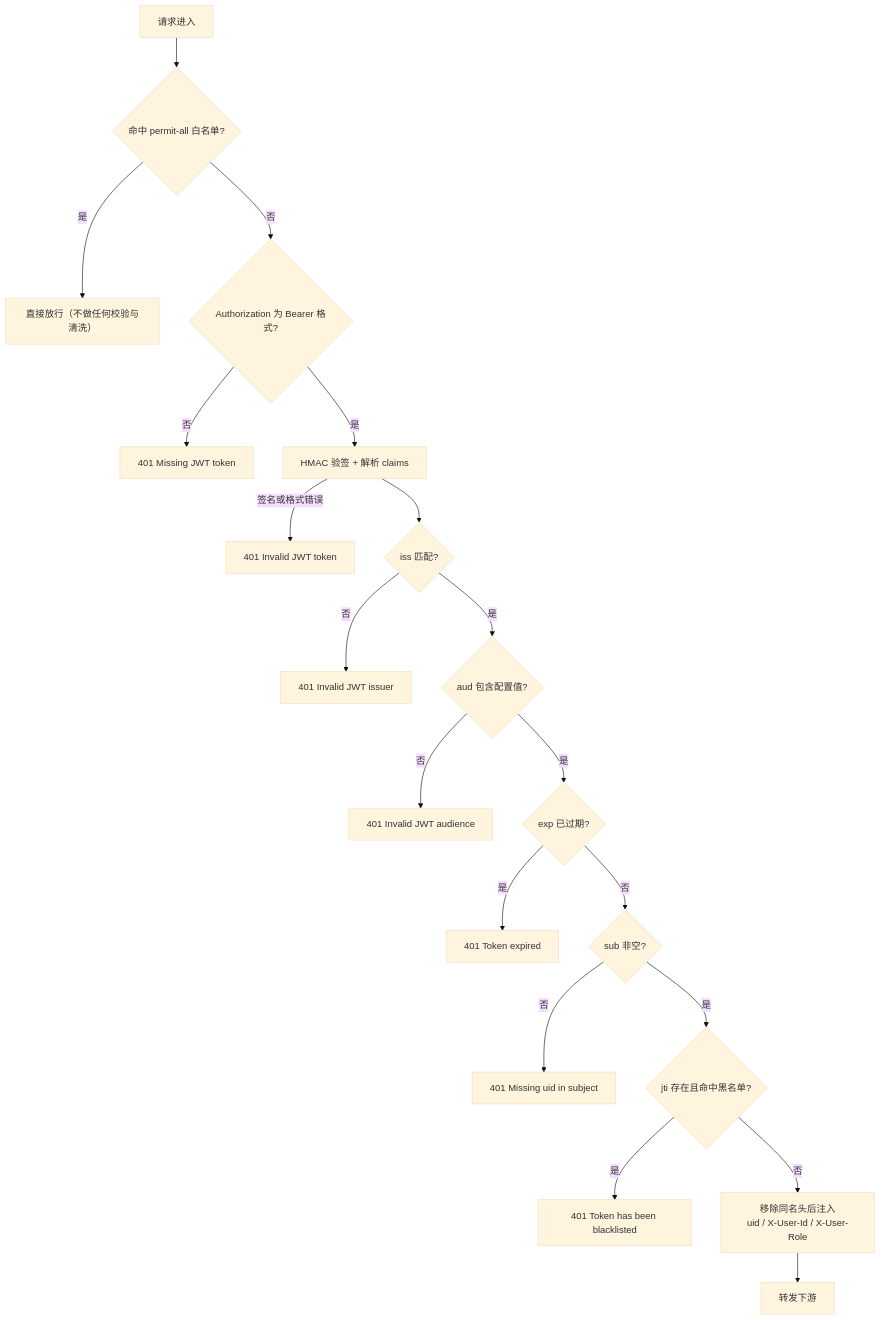
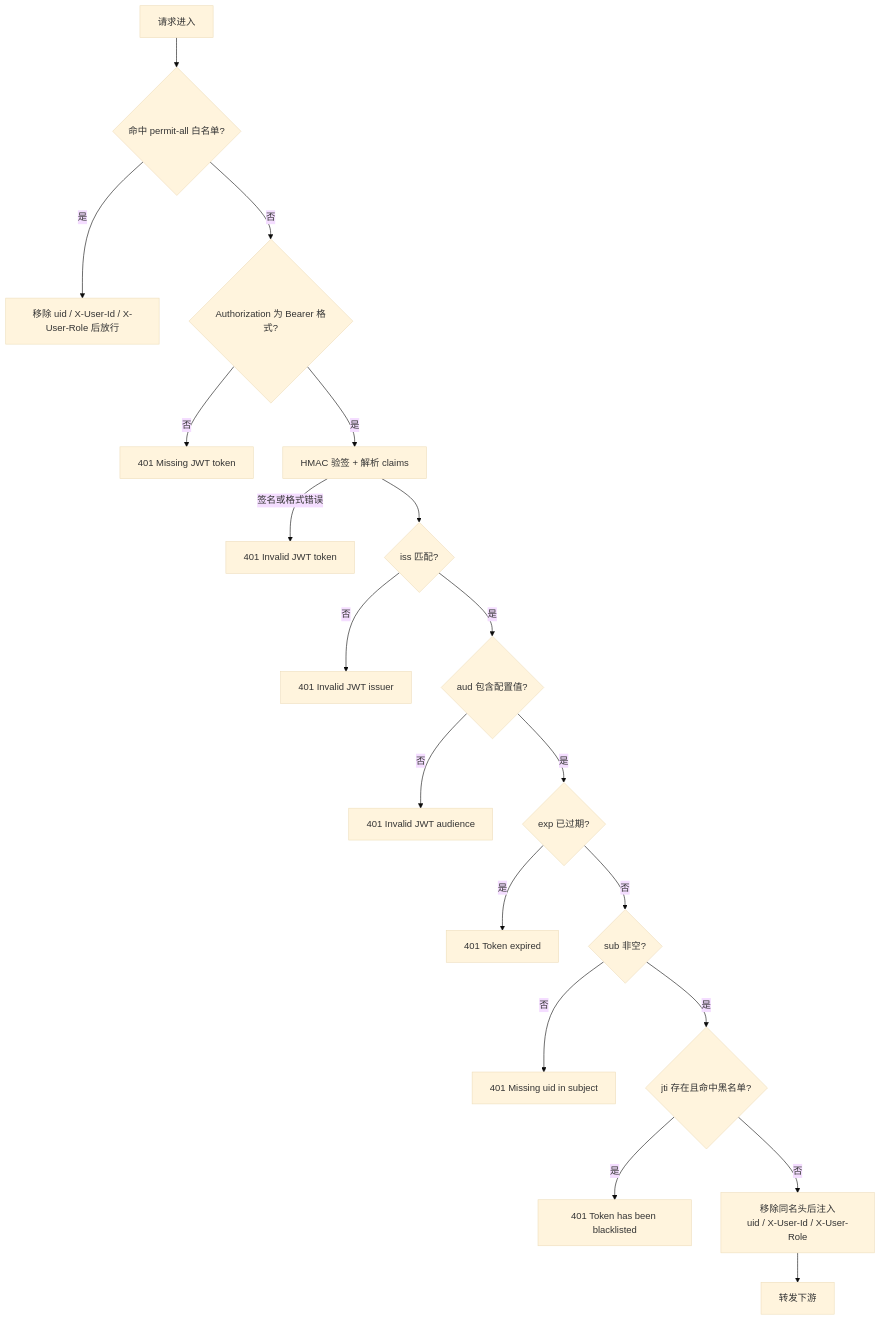
The fourth of 6 diagrams in gateway-service/技术文档.md (YunfeiSHU/media-community), drawn with Mermaid (base theme) before and after one commit. The commit also changed other lines of this file and 6 other files, not shown here.

````diff
--- a/gateway-service/技术文档.md
+++ b/gateway-service/技术文档.md
@@ -390,21 +394,21 @@
 ```mermaid
 flowchart TD
     S[请求进入] --> P{命中 permit-all 白名单?}
-    P -->|是| PASS["直接放行（不做任何校验与清洗）"]
+    P -->|是| PASS["移除 uid / X-User-Id / X-User-Role 后放行"]
     P -->|否| T{Authorization 为 Bearer 格式?}
     T -->|否| E1["401 Missing JWT token"]
     T -->|是| SIG[HMAC 验签 + 解析 claims]
     SIG -->|签名或格式错误| E2["401 Invalid JWT token"]
     SIG --> ISS{iss 匹配?}
     ISS -->|否| E3["401 Invalid JWT issuer"]
     ISS -->|是| AUD{aud 包含配置值?}
     AUD -->|否| E4["401 Invalid JWT audience"]
     AUD -->|是| EXP{exp 已过期?}
     EXP -->|是| E5["401 Token expired"]
     EXP -->|否| SUB{sub 非空?}
     SUB -->|否| E6["401 Missing uid in subject"]
     SUB -->|是| BL{"jti 存在且命中黑名单?"}
     BL -->|是| E7["401 Token has been blacklisted"]
     BL -->|否| INJ["移除同名头后注入<br/>uid / X-User-Id / X-User-Role"]
     INJ --> FWD[转发下游]
 ```
````
